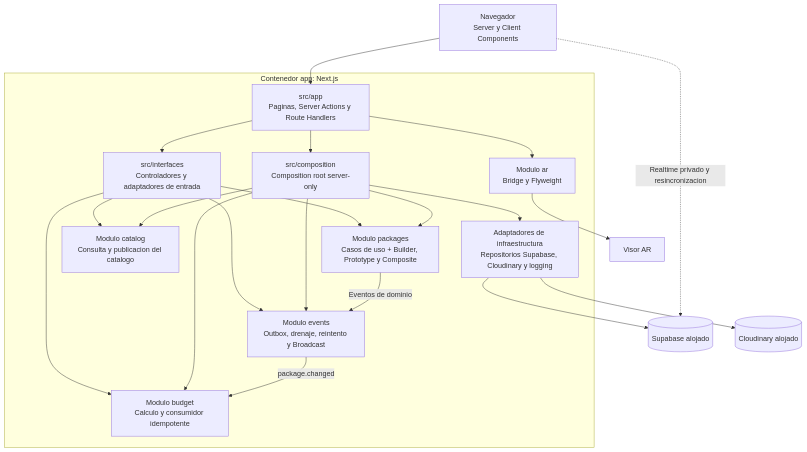
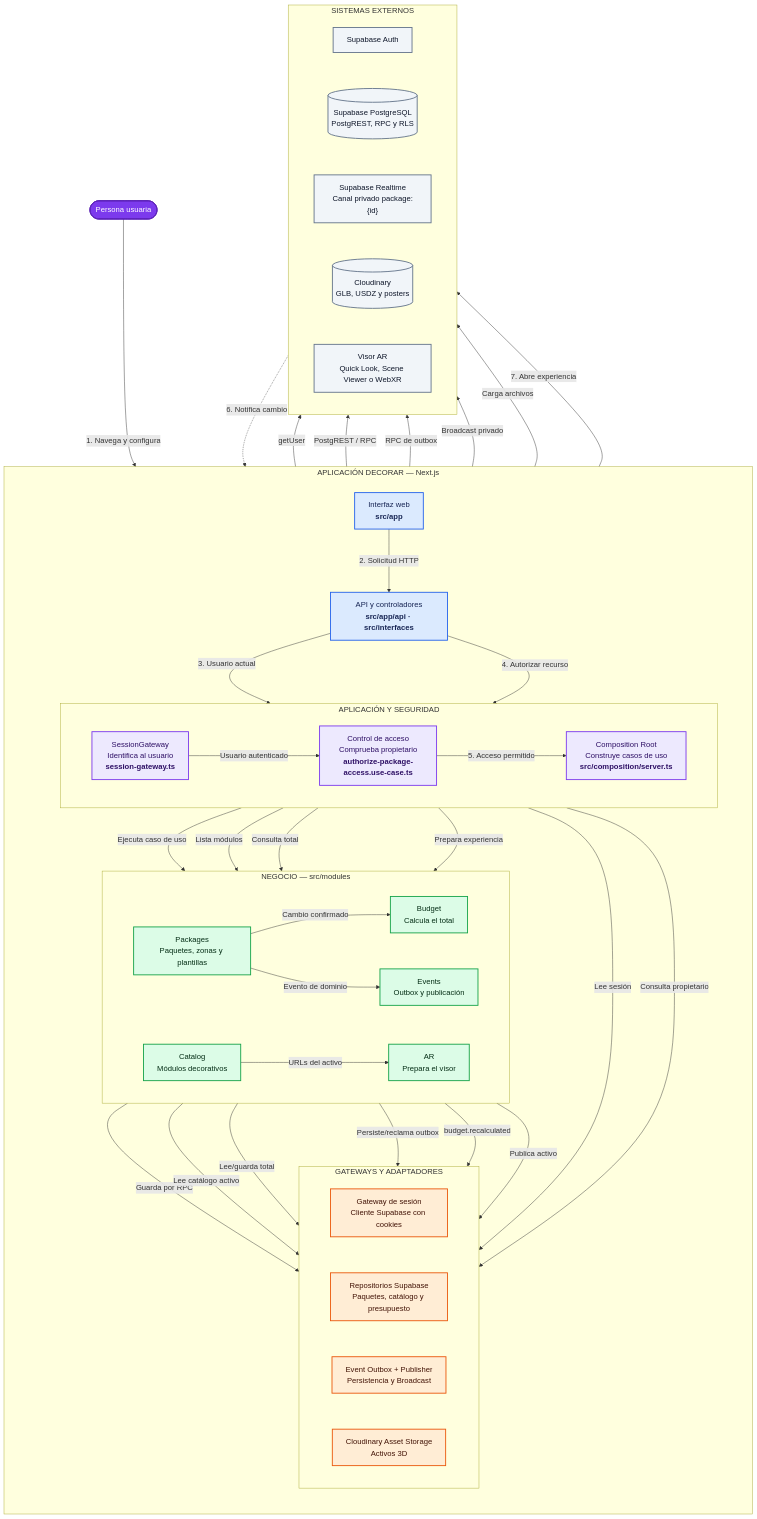
Before and after one commit to josemestre3009/DecorAr: the diagram in docs/c4/components.md, drawn with Mermaid. The commit also changed other lines of this file and 2 other files, not shown here.

Commit message:
docs: detallar diagrama interactivo de componentes

````diff
--- a/docs/c4/components.md
+++ b/docs/c4/components.md
@@ -3,40 +9,102 @@
 ```mermaid
+%%{init: {
+  "flowchart": {
+    "useMaxWidth": false,
+    "diagramPadding": 60,
+    "nodeSpacing": 80,
+    "rankSpacing": 90,
+    "curve": "basis"
+  },
+  "themeVariables": {
+    "fontSize": "17px"
+  }
+}}%%
 flowchart TB
-    browser["Navegador<br/>Server y Client Components"]
+    user(["Persona usuaria"])
 
-    subgraph app["Contenedor app: Next.js"]
-        routes["src/app<br/>Paginas, Server Actions y Route Handlers"]
-        interfaces["src/interfaces<br/>Controladores y adaptadores de entrada"]
-        composition["src/composition<br/>Composition root server-only"]
-        packages["Modulo packages<br/>Casos de uso + Builder, Prototype y Composite"]
-        catalog["Modulo catalog<br/>Consulta y publicacion del catalogo"]
-        budget["Modulo budget<br/>Calculo y consumidor idempotente"]
-        events["Modulo events<br/>Outbox, drenaje, reintento y Broadcast"]
-        ar["Modulo ar<br/>Bridge y Flyweight"]
-        adapters["Adaptadores de infraestructura<br/>Repositorios Supabase, Cloudinary y logging"]
+    subgraph app["APLICACIÓN DECORAR — Next.js"]
+        direction TB
+        ui["Interfaz web<br/><b>src/app</b>"]
+        controllers["API y controladores<br/><b>src/app/api · src/interfaces</b>"]
+
+        subgraph application["APLICACIÓN Y SEGURIDAD"]
+            direction LR
+            session["SessionGateway<br/>Identifica al usuario<br/><b>session-gateway.ts</b>"]
+            access["Control de acceso<br/>Comprueba propietario<br/><b>authorize-package-access.use-case.ts</b>"]
+            composition["Composition Root<br/>Construye casos de uso<br/><b>src/composition/server.ts</b>"]
+        end
+
+        subgraph business["NEGOCIO — src/modules"]
+            direction LR
+            packages["Packages<br/>Paquetes, zonas y plantillas"]
+            catalog["Catalog<br/>Módulos decorativos"]
+            budget["Budget<br/>Calcula el total"]
+            events["Events<br/>Outbox y publicación"]
+            ar["AR<br/>Prepara el visor"]
+        end
+
+        subgraph adapters["GATEWAYS Y ADAPTADORES"]
+            direction LR
+            authGateway["Gateway de sesión<br/>Cliente Supabase con cookies"]
+            dataGateway["Repositorios Supabase<br/>Paquetes, catálogo y presupuesto"]
+            eventGateway["Event Outbox + Publisher<br/>Persistencia y Broadcast"]
+            assetGateway["Cloudinary Asset Storage<br/>Activos 3D"]
+        end
     end
 
-    supabase[("Supabase alojado")]
-    cloudinary[("Cloudinary alojado")]
-    viewer["Visor AR"]
+    subgraph external["SISTEMAS EXTERNOS"]
+        direction LR
+        supabaseAuth["Supabase Auth"]
+        supabaseDb[("Supabase PostgreSQL<br/>PostgREST, RPC y RLS")]
+        realtime["Supabase Realtime<br/>Canal privado package:{id}"]
+        cloudinary[("Cloudinary<br/>GLB, USDZ y posters")]
+        viewer["Visor AR<br/>Quick Look, Scene Viewer o WebXR"]
+    end
 
-    browser --> routes
-    routes --> interfaces
-    routes --> composition
-    interfaces --> packages
-    interfaces --> catalog
-    interfaces --> budget
-    interfaces --> events
-    composition --> adapters
-    composition --> packages
-    composition --> catalog
-    composition --> budget
-    composition --> events
-    packages -->|"Eventos de dominio"| events
-    events -->|"package.changed"| budget
-    routes --> ar
-    adapters --> supabase
-    adapters --> cloudinary
-    browser -.->|"Realtime privado y resincronizacion"| supabase
-    ar --> viewer
+    user -->|"1. Navega y configura"| ui
+    ui -->|"2. Solicitud HTTP"| controllers
+    controllers -->|"3. Usuario actual"| session
+    session -->|"Lee sesión"| authGateway
+    authGateway -->|"getUser"| supabaseAuth
+    controllers -->|"4. Autorizar recurso"| access
+    session -->|"Usuario autenticado"| access
+    access -->|"Consulta propietario"| dataGateway
+    access -->|"5. Acceso permitido"| composition
+
+    composition -->|"Ejecuta caso de uso"| packages
+    composition -->|"Lista módulos"| catalog
+    composition -->|"Consulta total"| budget
+    composition -->|"Prepara experiencia"| ar
+
+    packages -->|"Guarda por RPC"| dataGateway
+    catalog -->|"Lee catálogo activo"| dataGateway
+    budget -->|"Lee/guarda total"| dataGateway
+    dataGateway -->|"PostgREST / RPC"| supabaseDb
+
+    packages -->|"Cambio confirmado"| budget
+    packages -->|"Evento de dominio"| events
+    events -->|"Persiste/reclama outbox"| eventGateway
+    budget -->|"budget.recalculated"| eventGateway
+    eventGateway -->|"RPC de outbox"| supabaseDb
+    eventGateway -->|"Broadcast privado"| realtime
+    realtime -.->|"6. Notifica cambio"| ui
+
+    catalog -->|"Publica activo"| assetGateway
+    assetGateway -->|"Carga archivos"| cloudinary
+    catalog -->|"URLs del activo"| ar
+    ar -->|"7. Abre experiencia"| viewer
+
+    classDef person fill:#7c3aed,color:#ffffff,stroke:#5b21b6,stroke-width:2px;
+    classDef presentationStyle fill:#dbeafe,color:#172554,stroke:#2563eb,stroke-width:2px;
+    classDef applicationStyle fill:#ede9fe,color:#2e1065,stroke:#7c3aed,stroke-width:2px;
+    classDef businessStyle fill:#dcfce7,color:#052e16,stroke:#16a34a,stroke-width:2px;
+    classDef infrastructureStyle fill:#ffedd5,color:#431407,stroke:#ea580c,stroke-width:2px;
+    classDef externalStyle fill:#f1f5f9,color:#0f172a,stroke:#64748b,stroke-width:2px;
+
+    class user person;
+    class ui,controllers presentationStyle;
+    class session,access,composition applicationStyle;
+    class packages,catalog,budget,events,ar businessStyle;
+    class authGateway,dataGateway,eventGateway,assetGateway infrastructureStyle;
+    class supabaseAuth,supabaseDb,realtime,cloudinary,viewer externalStyle;
 ```
````
